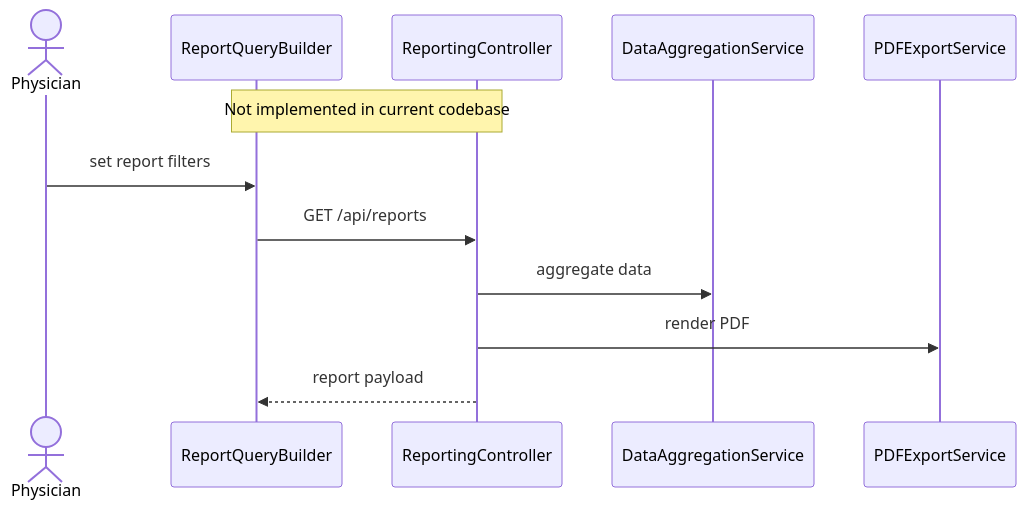
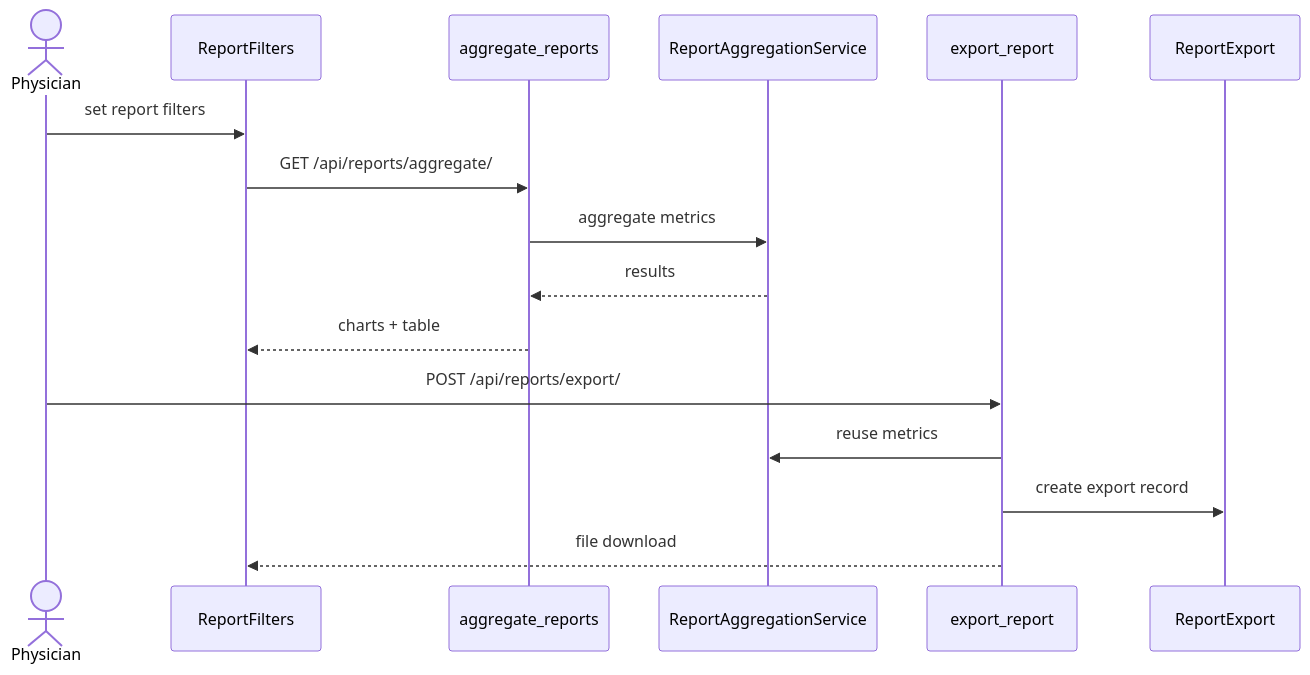
One commit to DymNomZ/TBXR changed the diagram in documentation/sequence diagrams/4.3_Sequence Diagram.md. Above: the diagram before and after it, drawn with Mermaid. The commit also changed 24 other files, not shown here.

````diff
--- a/documentation/sequence diagrams/4.3_Sequence Diagram.md
+++ b/documentation/sequence diagrams/4.3_Sequence Diagram.md
@@ -1,15 +1,20 @@
 ```mermaid
 sequenceDiagram
     actor Physician
-    participant UI as ReportQueryBuilder
-    participant API as ReportingController
-    participant Agg as DataAggregationService
-    participant PDF as PDFExportService
+    participant UI as ReportFilters
+    participant API as aggregate_reports
+    participant Agg as ReportAggregationService
+    participant Export as export_report
+    participant PDF as ReportExport
 
-    Note over UI,API: Not implemented in current codebase
     Physician->>UI: set report filters
-    UI->>API: GET /api/reports
-    API->>Agg: aggregate data
-    API->>PDF: render PDF
-    API-->>UI: report payload
+    UI->>API: GET /api/reports/aggregate/
+    API->>Agg: aggregate metrics
+    Agg-->>API: results
+    API-->>UI: charts + table
+
+    Physician->>Export: POST /api/reports/export/
+    Export->>Agg: reuse metrics
+    Export->>PDF: create export record
+    Export-->>UI: file download
 ```
````
